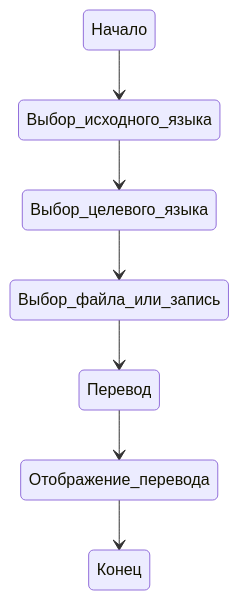
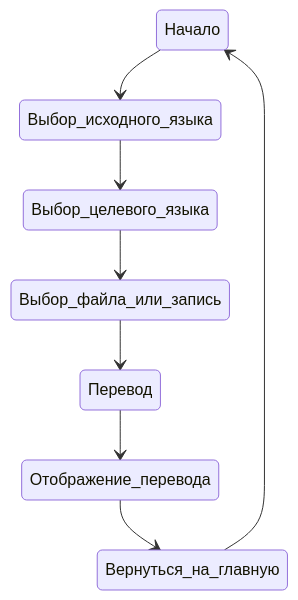
One commit to Retnug228/Lab3Orpo changed the second of 4 diagrams in docs/behavior.md. Above: the diagram before and after it, drawn with Mermaid. The commit also changed other lines of this file, not shown here.

````diff
--- a/docs/behavior.md
+++ b/docs/behavior.md
@@ -31,9 +32,10 @@
 ```mermaid
 stateDiagram
     Начало --> Выбор_исходного_языка
     Выбор_исходного_языка --> Выбор_целевого_языка
     Выбор_целевого_языка --> Выбор_файла_или_запись
     Выбор_файла_или_запись --> Перевод
     Перевод --> Отображение_перевода
-    Отображение_перевода --> Конец
+    Отображение_перевода --> Вернуться_на_главную
+    Вернуться_на_главную --> Начало
 ```
````
